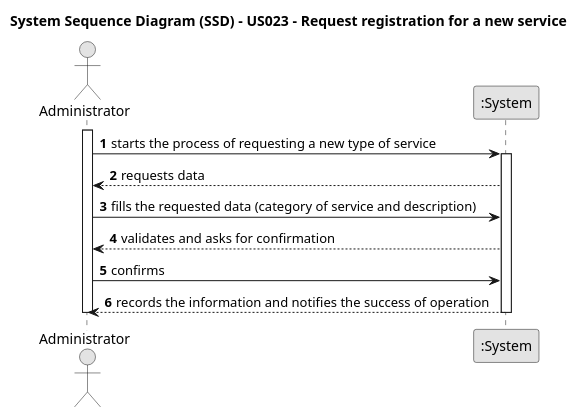
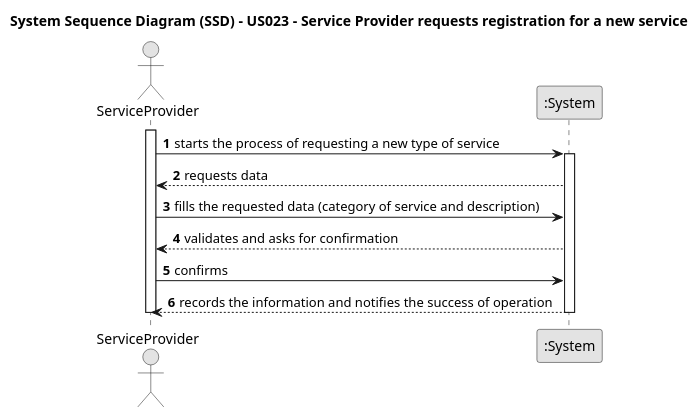
The diagram in javaSprint2GladlyGiven/Docs/UseCases/uc023/requirements/puml/uc023-SSD.puml (tbarracha/Upskill-Sprint-2-Gladly-Given), drawn with PlantUML before and after one commit. The commit also changed 30 other files, not shown here.

```diff
--- a/javaSprint2GladlyGiven/Docs/UseCases/uc023/requirements/puml/uc023-SSD.puml
+++ b/javaSprint2GladlyGiven/Docs/UseCases/uc023/requirements/puml/uc023-SSD.puml
@@ -1,26 +1,26 @@
 @startuml
 skinparam monochrome true
 skinparam packageStyle rectangle
 skinparam shadowing false
 
-title System Sequence Diagram (SSD) - US023 - Request registration for a new service
+title System Sequence Diagram (SSD) - US023 - Service Provider requests registration for a new service
 
 
 autonumber
 
-actor Administrator as admin
+actor ServiceProvider as sp
 participant ":System" as System
 
-activate admin
-    admin -> System : starts the process of requesting a new type of service
+activate sp
+    sp -> System : starts the process of requesting a new type of service
     activate System
-        System --> admin : requests data
-        admin -> System : fills the requested data (category of service and description)
-        System --> admin : validates and asks for confirmation
-        admin -> System : confirms
-        System --> admin : records the information and notifies the success of operation
+        System --> sp : requests data
+        sp -> System : fills the requested data (category of service and description)
+        System --> sp : validates and asks for confirmation
+        sp -> System : confirms
+        System --> sp : records the information and notifies the success of operation
     deactivate System
-deactivate admin
+deactivate sp
 
 
 @enduml
```
